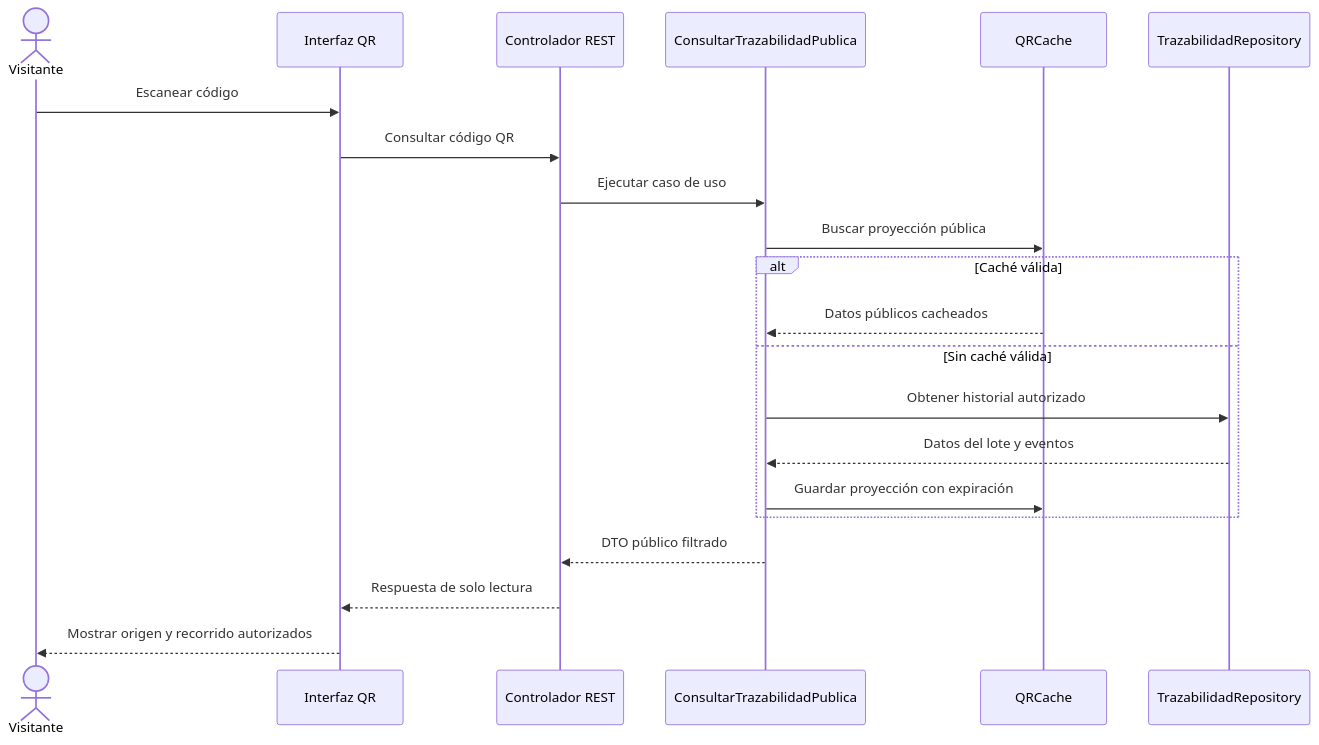
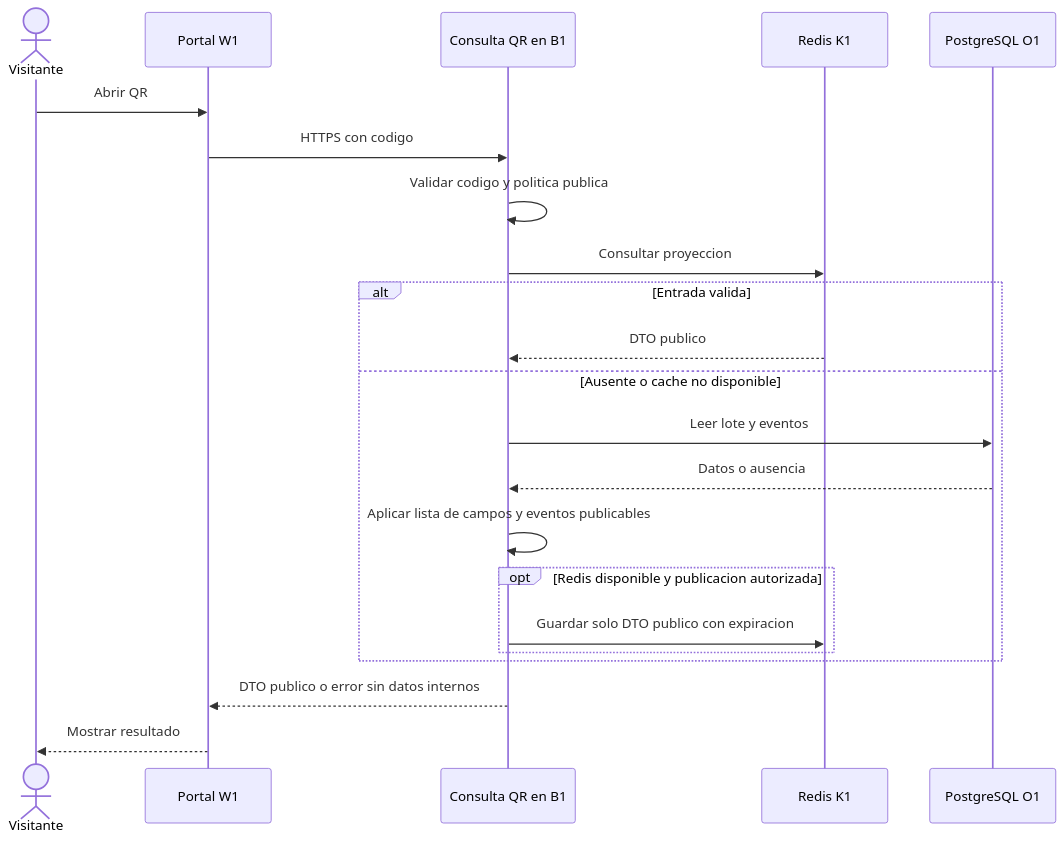
Before and after one commit to carlosgaraundo27-svg/Trazabilidad-Agricola-Arquitectura: the second of 2 diagrams in docs/03-diseno-de-software/01-diseno-interno.md, drawn with Mermaid. The commit also changed other lines of this file and 12 other files, not shown here.

```diff
--- a/docs/03-diseno-de-software/01-diseno-interno.md
+++ b/docs/03-diseno-de-software/01-diseno-interno.md
@@ -106,24 +107,24 @@
 ~~~mermaid
 sequenceDiagram
-    actor Visitante
-    participant QR as Interfaz QR
-    participant API as Controlador REST
-    participant UC as ConsultarTrazabilidadPublica
-    participant Cache as QRCache
-    participant Repo as TrazabilidadRepository
-
-    Visitante->>QR: Escanear código
-    QR->>API: Consultar código QR
-    API->>UC: Ejecutar caso de uso
-    UC->>Cache: Buscar proyección pública
-    alt Caché válida
-      Cache-->>UC: Datos públicos cacheados
-    else Sin caché válida
-      UC->>Repo: Obtener historial autorizado
-      Repo-->>UC: Datos del lote y eventos
-      UC->>Cache: Guardar proyección con expiración
+    actor V as Visitante
+    participant W as Portal W1
+    participant B as Consulta QR en B1
+    participant K as Redis K1
+    participant O as PostgreSQL O1
+    V->>W: Abrir QR
+    W->>B: HTTPS con codigo
+    B->>B: Validar codigo y politica publica
+    B->>K: Consultar proyeccion
+    alt Entrada valida
+      K-->>B: DTO publico
+    else Ausente o cache no disponible
+      B->>O: Leer lote y eventos
+      O-->>B: Datos o ausencia
+      B->>B: Aplicar lista de campos y eventos publicables
+      opt Redis disponible y publicacion autorizada
+        B->>K: Guardar solo DTO publico con expiracion
+      end
     end
-    UC-->>API: DTO público filtrado
-    API-->>QR: Respuesta de solo lectura
-    QR-->>Visitante: Mostrar origen y recorrido autorizados
+    B-->>W: DTO publico o error sin datos internos
+    W-->>V: Mostrar resultado
 ~~~
```
